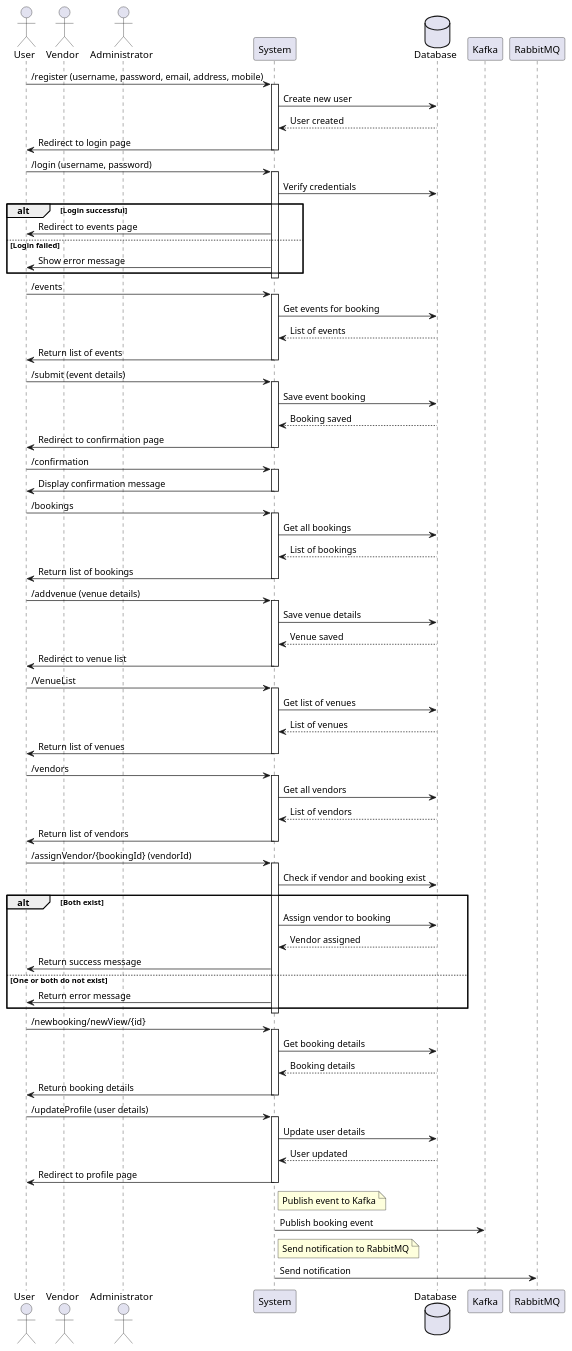
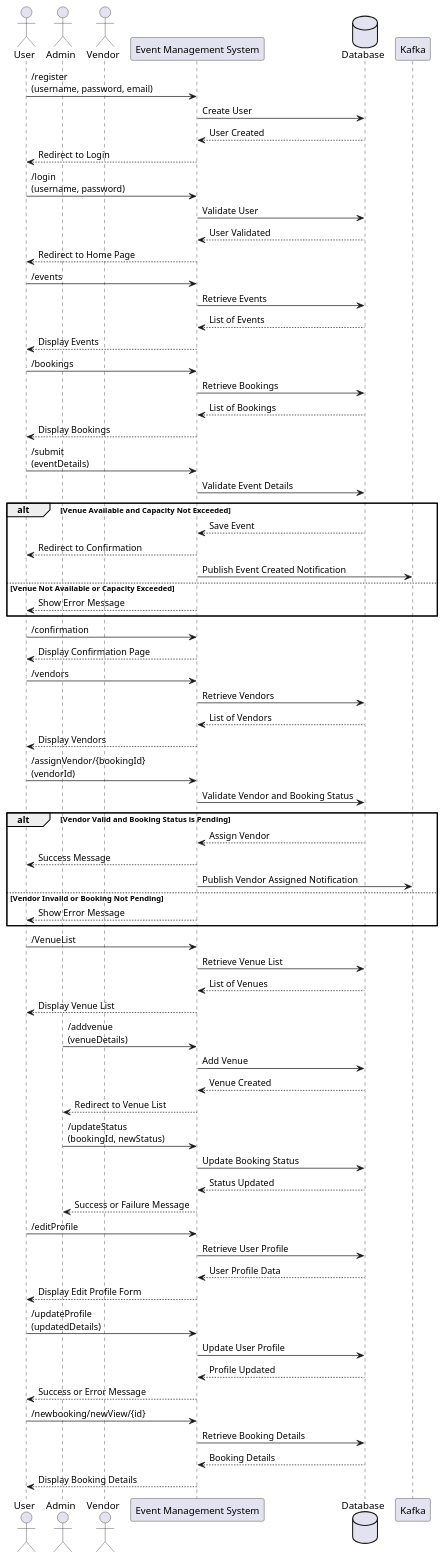
One commit to chandrakiran428/Capstone-project changed the diagram in design_document/Capstone-project.md. Above: the diagram before and after it, drawn with PlantUML. The commit also changed other lines of this file, not shown here.

````diff
--- a/design_document/Capstone-project.md
+++ b/design_document/Capstone-project.md
@@ -40,107 +39,90 @@
 ```plantuml
 @startuml
+
 actor User
+actor Admin
 actor Vendor
-actor Administrator
-participant "System" as System
+participant "Event Management System" as System
 database "Database" as DB
 participant "Kafka" as Kafka
-participant "RabbitMQ" as RabbitMQ
 
-User -> System : /register (username, password, email, address, mobile)
-activate System
-System -> DB : Create new user
-DB --> System : User created
-System -> User : Redirect to login page
-deactivate System
+User -> System : /register\n(username, password, email)
+System -> DB : Create User
+DB --> System : User Created
+System --> User : Redirect to Login
 
-User -> System : /login (username, password)
-activate System
-System -> DB : Verify credentials
-alt Login successful
-    System -> User : Redirect to events page
-else Login failed
-    System -> User : Show error message
-end
-deactivate System
+User -> System : /login\n(username, password)
+System -> DB : Validate User
+DB --> System : User Validated
+System --> User : Redirect to Home Page
 
 User -> System : /events
-activate System
-System -> DB : Get events for booking
-DB --> System : List of events
-System -> User : Return list of events
-deactivate System
+System -> DB : Retrieve Events
+DB --> System : List of Events
+System --> User : Display Events
 
-User -> System : /submit (event details)
-activate System
-System -> DB : Save event booking
-DB --> System : Booking saved
-System -> User : Redirect to confirmation page
-deactivate System
+User -> System : /bookings
+System -> DB : Retrieve Bookings
+DB --> System : List of Bookings
+System --> User : Display Bookings
+
+User -> System : /submit\n(eventDetails)
+System -> DB : Validate Event Details
+alt Venue Available and Capacity Not Exceeded
+    DB --> System : Save Event
+    System --> User : Redirect to Confirmation
+    System -> Kafka : Publish Event Created Notification
+else Venue Not Available or Capacity Exceeded
+    System --> User : Show Error Message
+end
 
 User -> System : /confirmation
-activate System
-System -> User : Display confirmation message
-deactivate System
+System --> User : Display Confirmation Page
 
-User -> System : /bookings
-activate System
-System -> DB : Get all bookings
-DB --> System : List of bookings
-System -> User : Return list of bookings
-deactivate System
+User -> System : /vendors
+System -> DB : Retrieve Vendors
+DB --> System : List of Vendors
+System --> User : Display Vendors
 
-User -> System : /addvenue (venue details)
-activate System
-System -> DB : Save venue details
-DB --> System : Venue saved
-System -> User : Redirect to venue list
-deactivate System
+User -> System : /assignVendor/{bookingId}\n(vendorId)
+System -> DB : Validate Vendor and Booking Status
+alt Vendor Valid and Booking Status is Pending
+    DB --> System : Assign Vendor
+    System --> User : Success Message
+    System -> Kafka : Publish Vendor Assigned Notification
+else Vendor Invalid or Booking Not Pending
+    System --> User : Show Error Message
+end
 
 User -> System : /VenueList
-activate System
-System -> DB : Get list of venues
-DB --> System : List of venues
-System -> User : Return list of venues
-deactivate System
+System -> DB : Retrieve Venue List
+DB --> System : List of Venues
+System --> User : Display Venue List
 
-User -> System : /vendors
-activate System
-System -> DB : Get all vendors
-DB --> System : List of vendors
-System -> User : Return list of vendors
-deactivate System
+Admin -> System : /addvenue\n(venueDetails)
+System -> DB : Add Venue
+DB --> System : Venue Created
+System --> Admin : Redirect to Venue List
 
-User -> System : /assignVendor/{bookingId} (vendorId)
-activate System
-System -> DB : Check if vendor and booking exist
-alt Both exist
-    System -> DB : Assign vendor to booking
-    DB --> System : Vendor assigned
-    System -> User : Return success message
-else One or both do not exist
-    System -> User : Return error message
-end
-deactivate System
+Admin -> System : /updateStatus\n(bookingId, newStatus)
+System -> DB : Update Booking Status
+DB --> System : Status Updated
+System --> Admin : Success or Failure Message
+
+User -> System : /editProfile
+System -> DB : Retrieve User Profile
+DB --> System : User Profile Data
+System --> User : Display Edit Profile Form
+
+User -> System : /updateProfile\n(updatedDetails)
+System -> DB : Update User Profile
+DB --> System : Profile Updated
+System --> User : Success or Error Message
 
 User -> System : /newbooking/newView/{id}
-activate System
-System -> DB : Get booking details
-DB --> System : Booking details
-System -> User : Return booking details
-deactivate System
-
-User -> System : /updateProfile (user details)
-activate System
-System -> DB : Update user details
-DB --> System : User updated
-System -> User : Redirect to profile page
-deactivate System
-
-note right of System: Publish event to Kafka
-System -> Kafka : Publish booking event
-note right of System: Send notification to RabbitMQ
-System -> RabbitMQ : Send notification
+System -> DB : Retrieve Booking Details
+DB --> System : Booking Details
+System --> User : Display Booking Details
 
 @enduml
 ```
````
